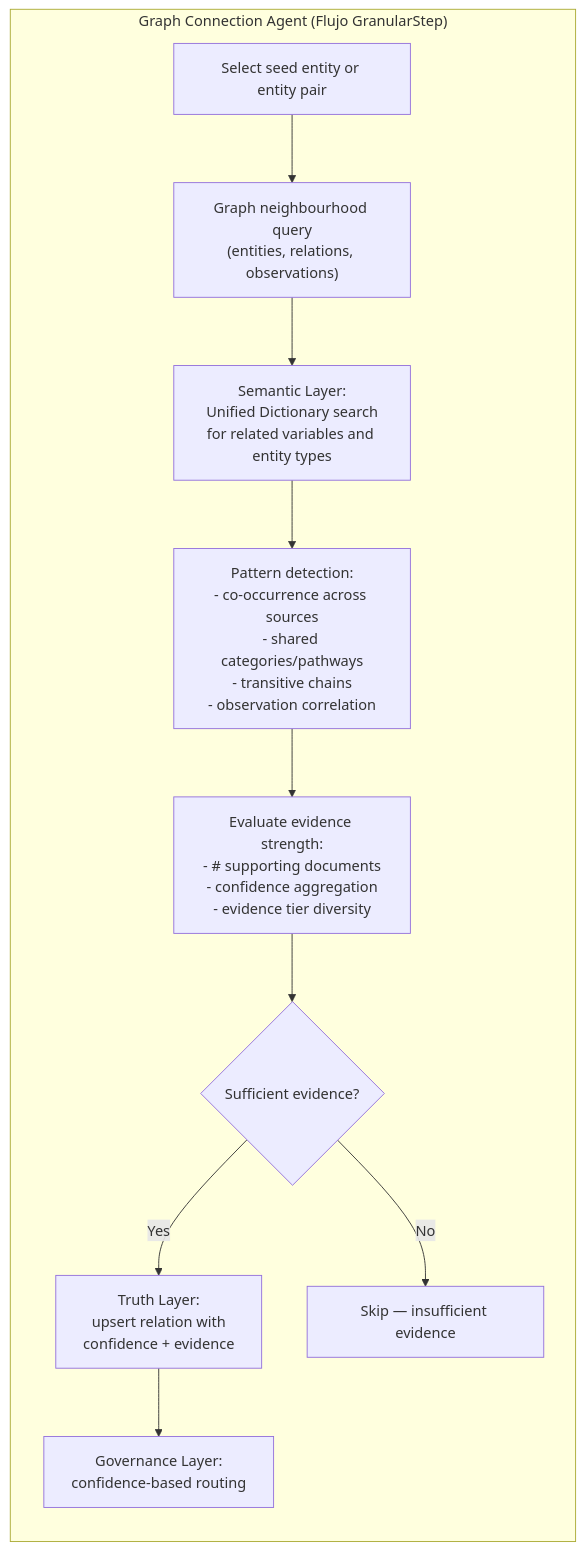
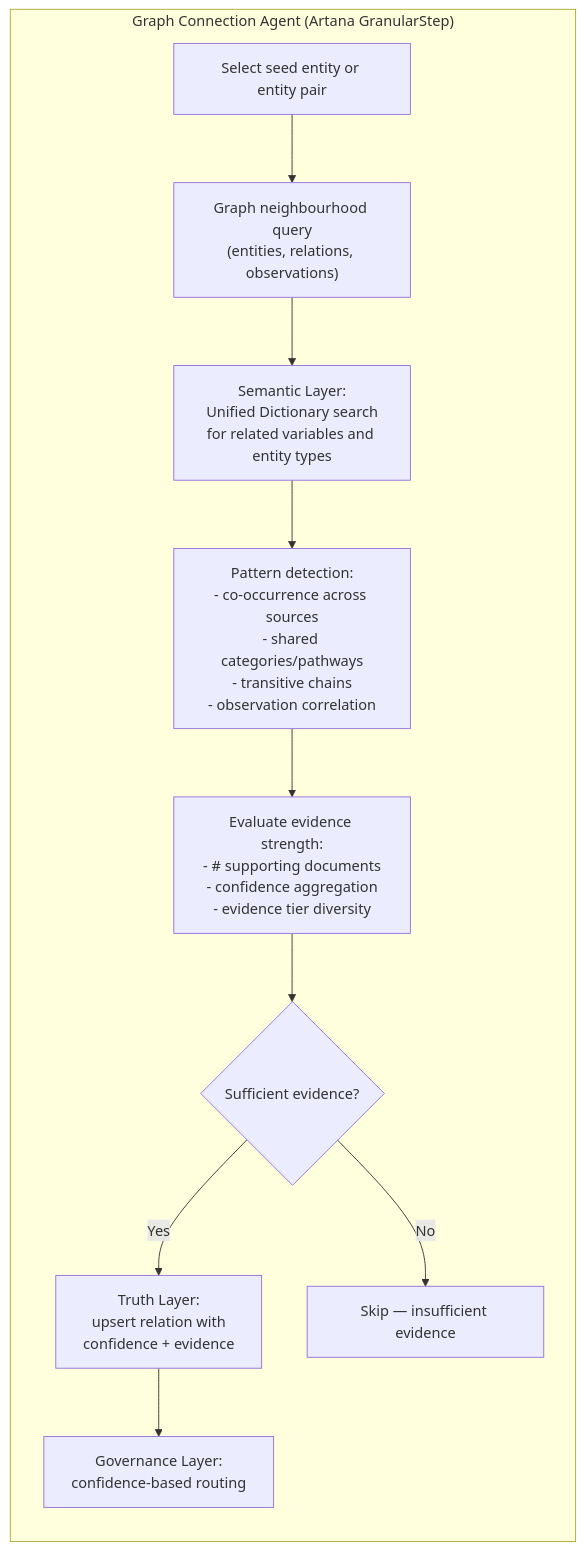
The fourth of 5 diagrams in docs/latest_plan_path/datasources_architecture.md (med13foundation/monorepo), drawn with Mermaid before and after one commit. The commit also changed other lines of this file and 322 other files, not shown here.

````diff
--- a/docs/latest_plan_path/datasources_architecture.md
+++ b/docs/latest_plan_path/datasources_architecture.md
@@ -1672,14 +1672,14 @@
 ```mermaid
 flowchart TB
-  subgraph GCA["Graph Connection Agent (Flujo GranularStep)"]
+  subgraph GCA["Graph Connection Agent (Artana GranularStep)"]
     direction TB
     SEED[Select seed entity or entity pair] --> QUERY["Graph neighbourhood query\n(entities, relations, observations)"]
     QUERY --> SEARCH["Semantic Layer:\nUnified Dictionary search\nfor related variables and entity types"]
     SEARCH --> PATTERNS["Pattern detection:\n- co-occurrence across sources\n- shared categories/pathways\n- transitive chains\n- observation correlation"]
     PATTERNS --> EVALUATE["Evaluate evidence strength:\n- # supporting documents\n- confidence aggregation\n- evidence tier diversity"]
     EVALUATE --> DECIDE{Sufficient evidence?}
     DECIDE -->|Yes| PROPOSE["Truth Layer:\nupsert relation with\nconfidence + evidence"]
     DECIDE -->|No| SKIP[Skip — insufficient evidence]
     PROPOSE --> GOV_GATE["Governance Layer:\nconfidence-based routing"]
   end
 ```
````
